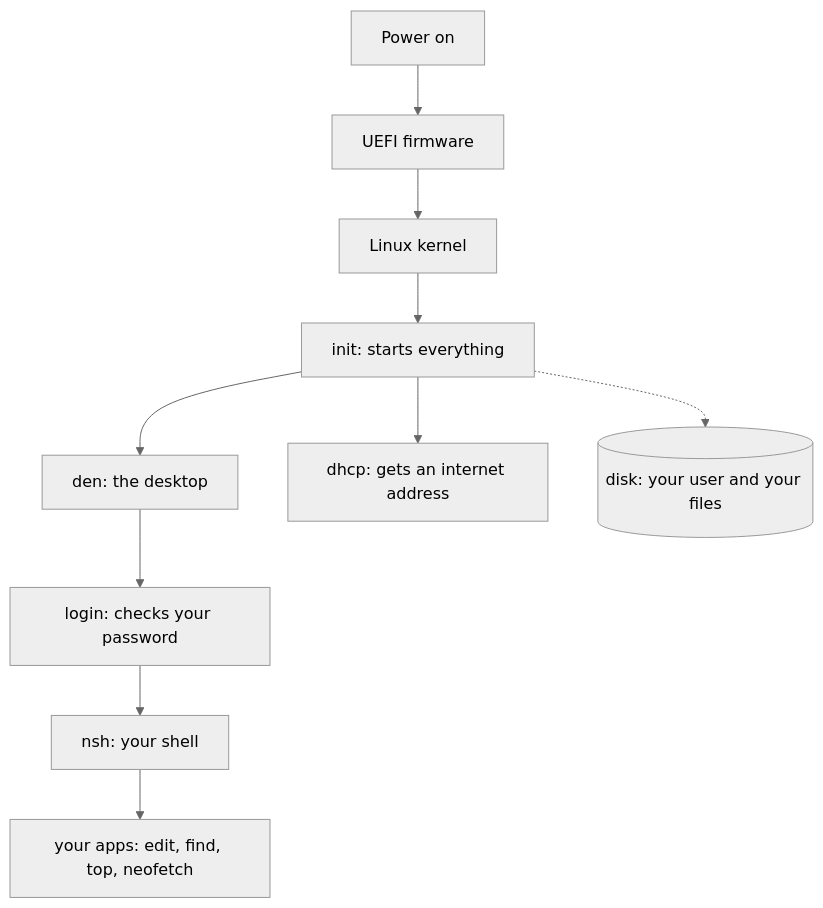
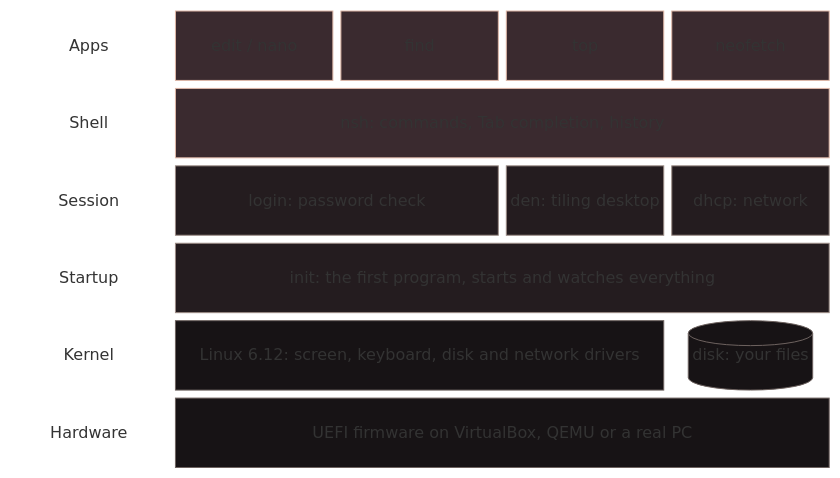
Before and after one commit to Adhishtanaka/thir: the diagram in README.md, drawn with Mermaid (neutral theme). The commit also changed other lines of this file, not shown here.

Commit message:
README: layered architecture diagram

````diff
--- a/README.md
+++ b/README.md
@@ -25,12 +25,19 @@
 ```mermaid
-flowchart TD
-    A[Power on] --> B[UEFI firmware]
-    B --> C[Linux kernel]
-    C --> D["init: starts everything"]
-    D --> E["den: the desktop"]
-    D --> F["dhcp: gets an internet address"]
-    E --> G["login: checks your password"]
-    G --> H["nsh: your shell"]
-    H --> I["your apps: edit, find, top, neofetch"]
-    D -.-> J[("disk: your user and your files")]
+block-beta
+  columns 5
+  l1["Apps"] edit["edit / nano"] find["find"] top["top"] fetch["neofetch"]
+  l2["Shell"] shell["nsh: commands, Tab completion, history"]:4
+  l3["Session"] login["login: password check"]:2 den["den: tiling desktop"] dhcp["dhcp: network"]
+  l4["Startup"] init["init: the first program, starts and watches everything"]:4
+  l5["Kernel"] kernel["Linux 6.12: screen, keyboard, disk and network drivers"]:3 disk[("disk: your files")]
+  l6["Hardware"] hw["UEFI firmware on VirtualBox, QEMU or a real PC"]:4
+
+  classDef label fill:transparent,stroke:transparent,color:#9c8c86
+  classDef user fill:#3a2a2f,stroke:#e0b8a8,color:#ecd6cd
+  classDef sys fill:#241c1f,stroke:#9c8c86,color:#ecd6cd
+  classDef core fill:#171315,stroke:#6e6360,color:#ecd6cd
+  class l1,l2,l3,l4,l5,l6 label
+  class edit,find,top,fetch,shell user
+  class login,den,dhcp,init sys
+  class kernel,hw,disk core
 ```
````
